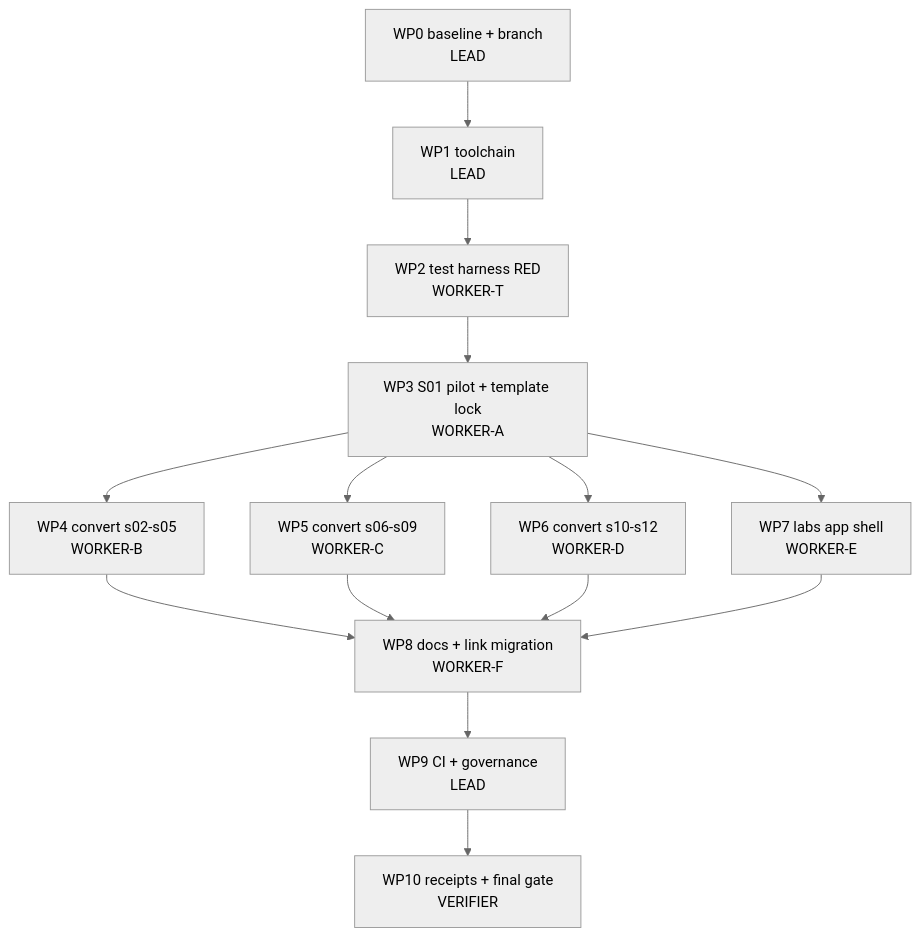
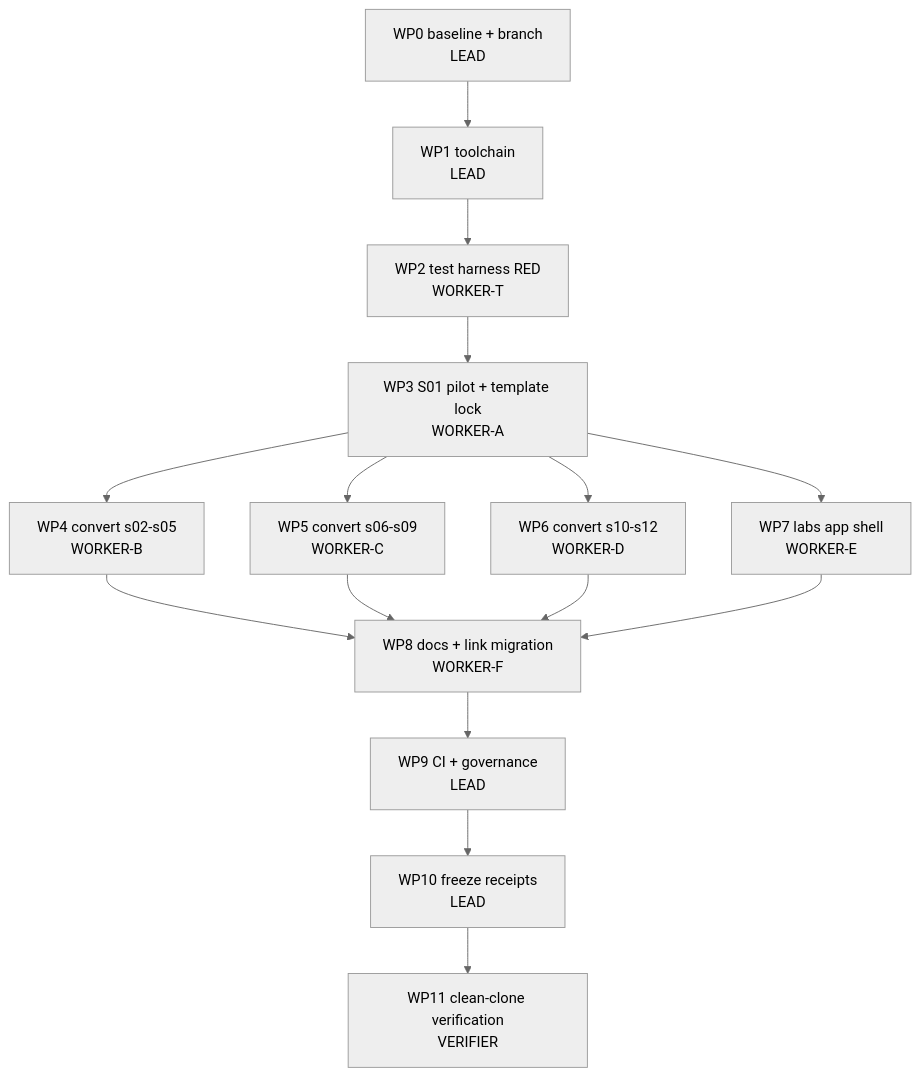
Before and after one commit to macayaven/agent-harness-path: the diagram in docs/plans/2026-09-17-marimo-migration.md, drawn with Mermaid (neutral theme). The commit also changed other lines of this file, not shown here.

````diff
--- a/docs/plans/2026-09-17-marimo-migration.md
+++ b/docs/plans/2026-09-17-marimo-migration.md
@@ -433,16 +575,17 @@
 ```mermaid
 flowchart TD
     WP0[WP0 baseline + branch<br/>LEAD] --> WP1[WP1 toolchain<br/>LEAD]
     WP1 --> WP2[WP2 test harness RED<br/>WORKER-T]
     WP2 --> WP3[WP3 S01 pilot + template lock<br/>WORKER-A]
     WP3 --> WP4[WP4 convert s02-s05<br/>WORKER-B]
     WP3 --> WP5[WP5 convert s06-s09<br/>WORKER-C]
     WP3 --> WP6[WP6 convert s10-s12<br/>WORKER-D]
     WP3 --> WP7[WP7 labs app shell<br/>WORKER-E]
     WP4 --> WP8[WP8 docs + link migration<br/>WORKER-F]
     WP5 --> WP8
     WP6 --> WP8
     WP7 --> WP8
     WP8 --> WP9[WP9 CI + governance<br/>LEAD]
-    WP9 --> WP10[WP10 receipts + final gate<br/>VERIFIER]
+    WP9 --> WP10[WP10 freeze receipts<br/>LEAD]
+    WP10 --> WP11[WP11 clean-clone verification<br/>VERIFIER]
 ```
````
